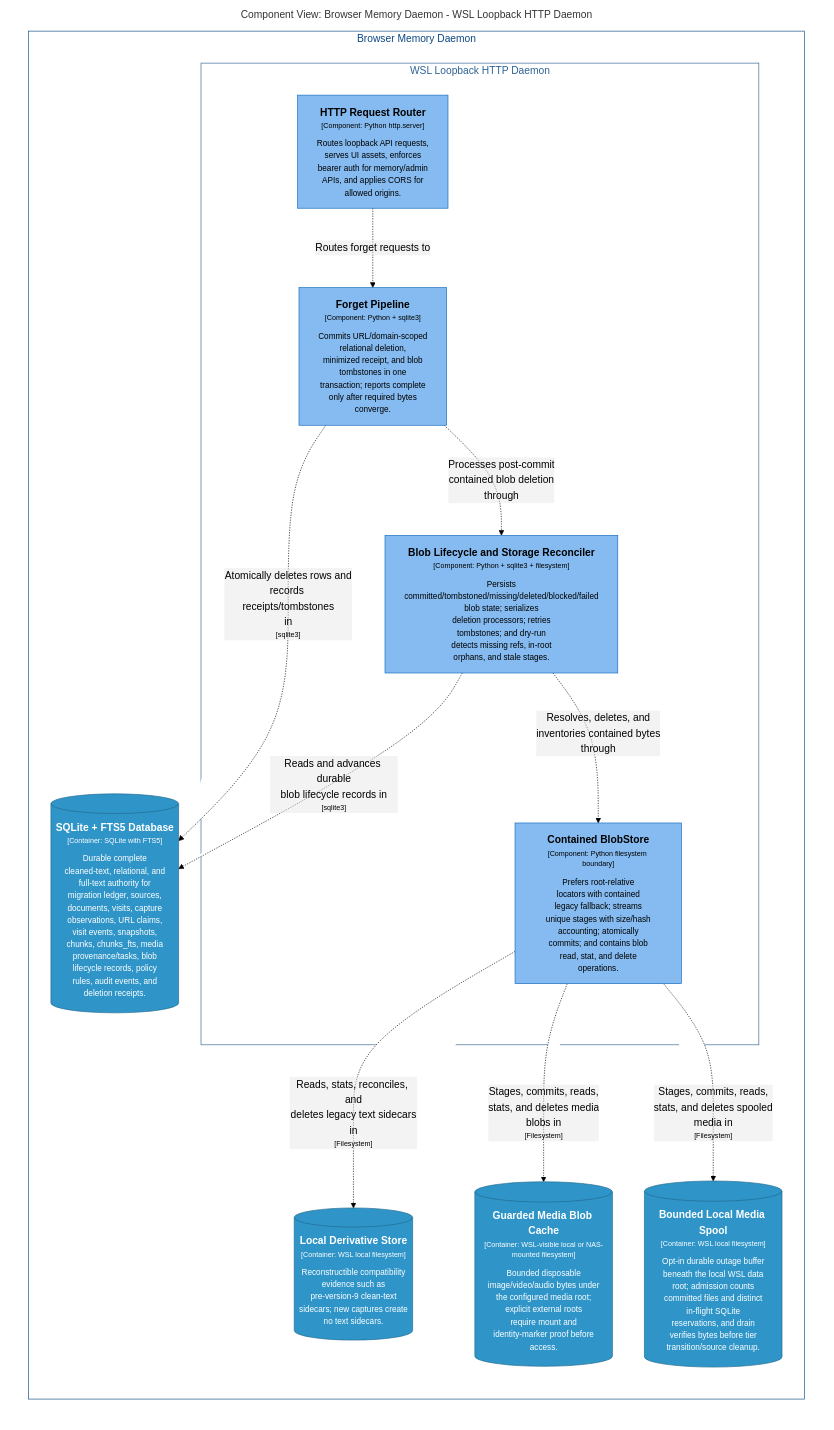
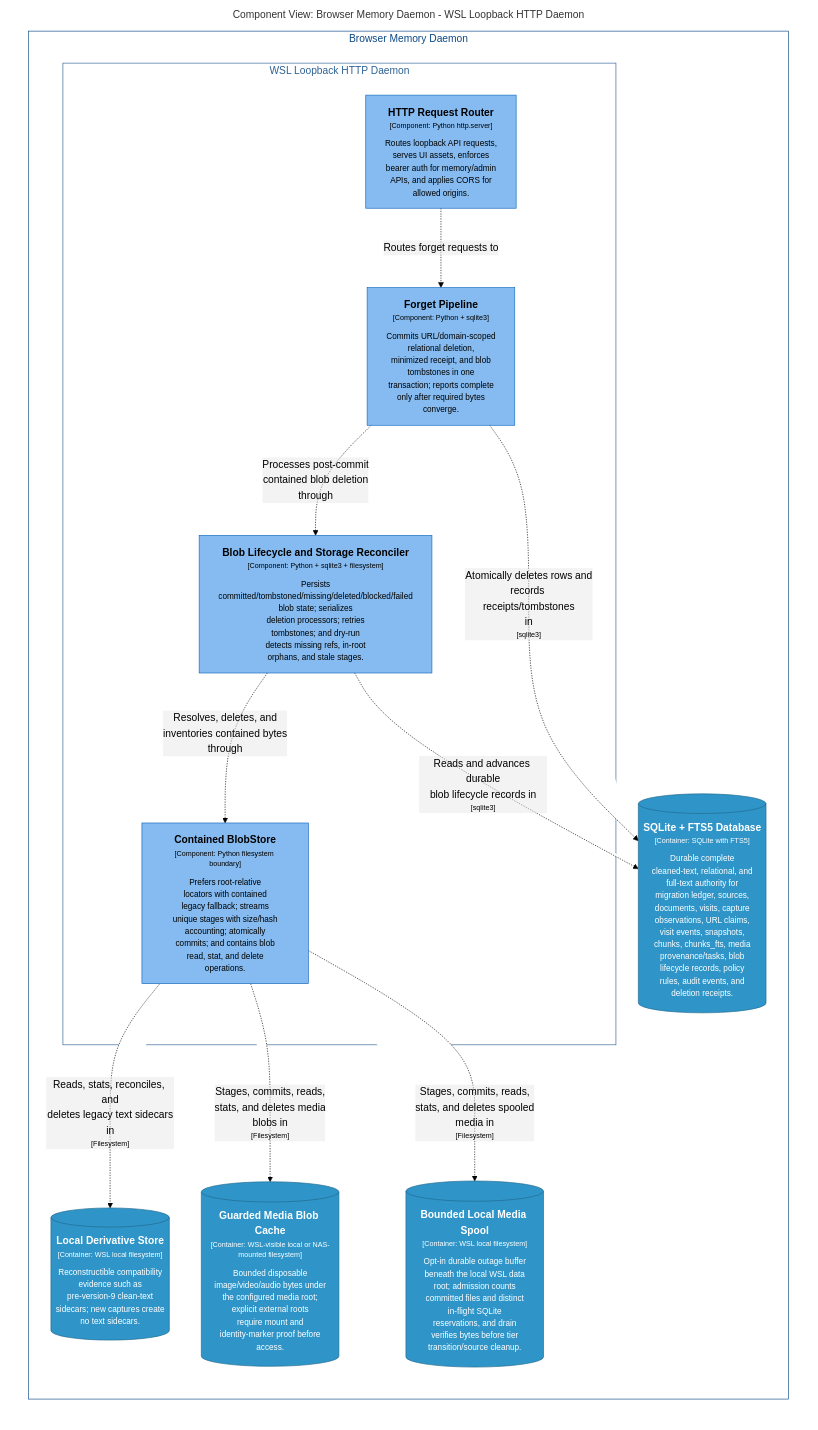
Before and after one commit to michaelnicks0/browser-memory-daemon: the diagram in docs/architecture/diagrams/markdown/DaemonForgetComponents.md, drawn with Mermaid (forest theme). The commit also changed 145 other files, not shown here.

````diff
--- a/docs/architecture/diagrams/markdown/DaemonForgetComponents.md
+++ b/docs/architecture/diagrams/markdown/DaemonForgetComponents.md
@@ -16,44 +16,44 @@
 ```mermaid
 graph LR
   linkStyle default fill:#ffffff
 
   subgraph diagram ["Component View: Browser Memory Daemon - WSL Loopback HTTP Daemon"]
     style diagram fill:#ffffff,stroke:#ffffff
 
     subgraph 4 ["Browser Memory Daemon"]
       style 4 fill:#ffffff,stroke:#0b4884,color:#0b4884
 
       subgraph 14 ["WSL Loopback HTTP Daemon"]
         style 14 fill:#ffffff,stroke:#2e6295,color:#2e6295
 
         15["<div style='font-weight: bold'>HTTP Request Router</div><div style='font-size: 70%; margin-top: 0px'>[Component: Python http.server]</div><div style='font-size: 80%; margin-top:10px'>Routes loopback API requests,<br />serves UI assets, enforces<br />bearer auth for memory/admin<br />APIs, and applies CORS for<br />allowed origins.</div>"]
         style 15 fill:#85bbf0,stroke:#1168bd,color:#000000
-        22["<div style='font-weight: bold'>Contained BlobStore</div><div style='font-size: 70%; margin-top: 0px'>[Component: Python filesystem boundary]</div><div style='font-size: 80%; margin-top:10px'>Prefers root-relative<br />locators with contained<br />legacy fallback; streams<br />unique stages with size/hash<br />accounting; atomically<br />commits; and contains blob<br />read, stat, and delete<br />operations.</div>"]
-        style 22 fill:#85bbf0,stroke:#1168bd,color:#000000
-        23["<div style='font-weight: bold'>Blob Lifecycle and Storage Reconciler</div><div style='font-size: 70%; margin-top: 0px'>[Component: Python + sqlite3 + filesystem]</div><div style='font-size: 80%; margin-top:10px'>Persists<br />committed/tombstoned/missing/deleted/blocked/failed<br />blob state; serializes<br />deletion processors; retries<br />tombstones; and dry-run<br />detects missing refs, in-root<br />orphans, and stale stages.</div>"]
-        style 23 fill:#85bbf0,stroke:#1168bd,color:#000000
-        25["<div style='font-weight: bold'>Forget Pipeline</div><div style='font-size: 70%; margin-top: 0px'>[Component: Python + sqlite3]</div><div style='font-size: 80%; margin-top:10px'>Commits URL/domain-scoped<br />relational deletion,<br />minimized receipt, and blob<br />tombstones in one<br />transaction; reports complete<br />only after required bytes<br />converge.</div>"]
+        24["<div style='font-weight: bold'>Contained BlobStore</div><div style='font-size: 70%; margin-top: 0px'>[Component: Python filesystem boundary]</div><div style='font-size: 80%; margin-top:10px'>Prefers root-relative<br />locators with contained<br />legacy fallback; streams<br />unique stages with size/hash<br />accounting; atomically<br />commits; and contains blob<br />read, stat, and delete<br />operations.</div>"]
+        style 24 fill:#85bbf0,stroke:#1168bd,color:#000000
+        25["<div style='font-weight: bold'>Blob Lifecycle and Storage Reconciler</div><div style='font-size: 70%; margin-top: 0px'>[Component: Python + sqlite3 + filesystem]</div><div style='font-size: 80%; margin-top:10px'>Persists<br />committed/tombstoned/missing/deleted/blocked/failed<br />blob state; serializes<br />deletion processors; retries<br />tombstones; and dry-run<br />detects missing refs, in-root<br />orphans, and stale stages.</div>"]
         style 25 fill:#85bbf0,stroke:#1168bd,color:#000000
+        27["<div style='font-weight: bold'>Forget Pipeline</div><div style='font-size: 70%; margin-top: 0px'>[Component: Python + sqlite3]</div><div style='font-size: 80%; margin-top:10px'>Commits URL/domain-scoped<br />relational deletion,<br />minimized receipt, and blob<br />tombstones in one<br />transaction; reports complete<br />only after required bytes<br />converge.</div>"]
+        style 27 fill:#85bbf0,stroke:#1168bd,color:#000000
       end
 
-      31[("<div style='font-weight: bold'>SQLite + FTS5 Database</div><div style='font-size: 70%; margin-top: 0px'>[Container: SQLite with FTS5]</div><div style='font-size: 80%; margin-top:10px'>Durable complete<br />cleaned-text, relational, and<br />full-text authority for<br />migration ledger, sources,<br />documents, visits, capture<br />observations, URL claims,<br />visit events, snapshots,<br />chunks, chunks_fts, media<br />provenance/tasks, blob<br />lifecycle records, policy<br />rules, audit events, and<br />deletion receipts.</div>")]
-      style 31 fill:#2f95c8,stroke:#20688c,color:#ffffff
-      32[("<div style='font-weight: bold'>Local Derivative Store</div><div style='font-size: 70%; margin-top: 0px'>[Container: WSL local filesystem]</div><div style='font-size: 80%; margin-top:10px'>Reconstructible compatibility<br />evidence such as<br />pre-version-9 clean-text<br />sidecars; new captures create<br />no text sidecars.</div>")]
-      style 32 fill:#2f95c8,stroke:#20688c,color:#ffffff
-      33[("<div style='font-weight: bold'>Guarded Media Blob Cache</div><div style='font-size: 70%; margin-top: 0px'>[Container: WSL-visible local or NAS-mounted filesystem]</div><div style='font-size: 80%; margin-top:10px'>Bounded disposable<br />image/video/audio bytes under<br />the configured media root;<br />explicit external roots<br />require mount and<br />identity-marker proof before<br />access.</div>")]
+      33[("<div style='font-weight: bold'>SQLite + FTS5 Database</div><div style='font-size: 70%; margin-top: 0px'>[Container: SQLite with FTS5]</div><div style='font-size: 80%; margin-top:10px'>Durable complete<br />cleaned-text, relational, and<br />full-text authority for<br />migration ledger, sources,<br />documents, visits, capture<br />observations, URL claims,<br />visit events, snapshots,<br />chunks, chunks_fts, media<br />provenance/tasks, blob<br />lifecycle records, policy<br />rules, audit events, and<br />deletion receipts.</div>")]
       style 33 fill:#2f95c8,stroke:#20688c,color:#ffffff
-      34[("<div style='font-weight: bold'>Bounded Local Media Spool</div><div style='font-size: 70%; margin-top: 0px'>[Container: WSL local filesystem]</div><div style='font-size: 80%; margin-top:10px'>Opt-in durable outage buffer<br />beneath the local WSL data<br />root; admission counts<br />committed files and distinct<br />in-flight SQLite<br />reservations, and drain<br />verifies bytes before tier<br />transition/source cleanup.</div>")]
+      34[("<div style='font-weight: bold'>Local Derivative Store</div><div style='font-size: 70%; margin-top: 0px'>[Container: WSL local filesystem]</div><div style='font-size: 80%; margin-top:10px'>Reconstructible compatibility<br />evidence such as<br />pre-version-9 clean-text<br />sidecars; new captures create<br />no text sidecars.</div>")]
       style 34 fill:#2f95c8,stroke:#20688c,color:#ffffff
+      35[("<div style='font-weight: bold'>Guarded Media Blob Cache</div><div style='font-size: 70%; margin-top: 0px'>[Container: WSL-visible local or NAS-mounted filesystem]</div><div style='font-size: 80%; margin-top:10px'>Bounded disposable<br />image/video/audio bytes under<br />the configured media root;<br />explicit external roots<br />require mount and<br />identity-marker proof before<br />access.</div>")]
+      style 35 fill:#2f95c8,stroke:#20688c,color:#ffffff
+      36[("<div style='font-weight: bold'>Bounded Local Media Spool</div><div style='font-size: 70%; margin-top: 0px'>[Container: WSL local filesystem]</div><div style='font-size: 80%; margin-top:10px'>Opt-in durable outage buffer<br />beneath the local WSL data<br />root; admission counts<br />committed files and distinct<br />in-flight SQLite<br />reservations, and drain<br />verifies bytes before tier<br />transition/source cleanup.</div>")]
+      style 36 fill:#2f95c8,stroke:#20688c,color:#ffffff
     end
 
-    15-. "<div>Routes forget requests to</div><div style='font-size: 70%'></div>" .->25
-    25-. "<div>Atomically deletes rows and<br />records receipts/tombstones<br />in</div><div style='font-size: 70%'>[sqlite3]</div>" .->31
-    25-. "<div>Processes post-commit<br />contained blob deletion<br />through</div><div style='font-size: 70%'></div>" .->23
-    23-. "<div>Reads and advances durable<br />blob lifecycle records in</div><div style='font-size: 70%'>[sqlite3]</div>" .->31
-    23-. "<div>Resolves, deletes, and<br />inventories contained bytes<br />through</div><div style='font-size: 70%'></div>" .->22
-    22-. "<div>Reads, stats, reconciles, and<br />deletes legacy text sidecars<br />in</div><div style='font-size: 70%'>[Filesystem]</div>" .->32
-    22-. "<div>Stages, commits, reads,<br />stats, and deletes media<br />blobs in</div><div style='font-size: 70%'>[Filesystem]</div>" .->33
-    22-. "<div>Stages, commits, reads,<br />stats, and deletes spooled<br />media in</div><div style='font-size: 70%'>[Filesystem]</div>" .->34
+    27-. "<div>Processes post-commit<br />contained blob deletion<br />through</div><div style='font-size: 70%'></div>" .->25
+    25-. "<div>Reads and advances durable<br />blob lifecycle records in</div><div style='font-size: 70%'>[sqlite3]</div>" .->33
+    25-. "<div>Resolves, deletes, and<br />inventories contained bytes<br />through</div><div style='font-size: 70%'></div>" .->24
+    24-. "<div>Reads, stats, reconciles, and<br />deletes legacy text sidecars<br />in</div><div style='font-size: 70%'>[Filesystem]</div>" .->34
+    24-. "<div>Stages, commits, reads,<br />stats, and deletes media<br />blobs in</div><div style='font-size: 70%'>[Filesystem]</div>" .->35
+    24-. "<div>Stages, commits, reads,<br />stats, and deletes spooled<br />media in</div><div style='font-size: 70%'>[Filesystem]</div>" .->36
+    15-. "<div>Routes forget requests to</div><div style='font-size: 70%'></div>" .->27
+    27-. "<div>Atomically deletes rows and<br />records receipts/tombstones<br />in</div><div style='font-size: 70%'>[sqlite3]</div>" .->33
 
   end
 ```
````
